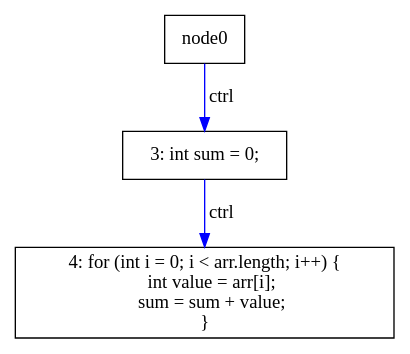
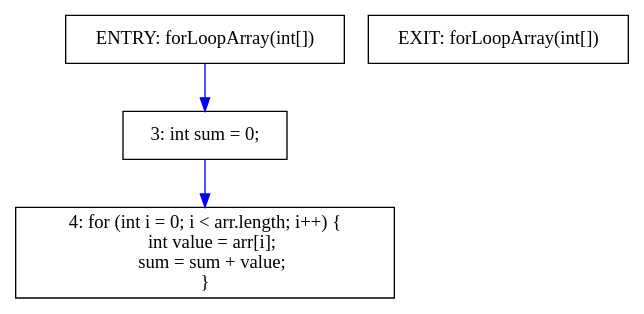
The diagram in results/ForLoopArray.dot (khaser/java-pdg), drawn with Graphviz before and after one commit. The commit also changed 21 other files, not shown here.

```diff
--- a/results/ForLoopArray.dot
+++ b/results/ForLoopArray.dot
@@ -1,10 +1,12 @@
 digraph PDG {
   rankdir=TB;
   node [shape=box];
 
+  node0 [label="ENTRY: forLoopArray(int[])"];
+  node1 [label="EXIT: forLoopArray(int[])"];
   node2 [label="3: int sum = 0;"];
   node3 [label="4: for (int i = 0; i < arr.length; i++) {\n    int value = arr[i];\n    sum = sum + value;\n}"];
 
-  node0 -> node2 [label="ctrl", color=blue];
-  node2 -> node3 [label="ctrl", color=blue];
+  node0 -> node2 [label="", color=blue];
+  node2 -> node3 [label="", color=blue];
 }
```
